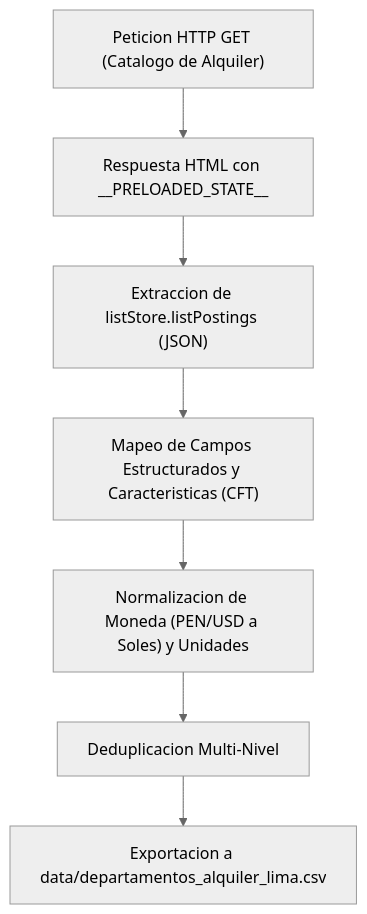
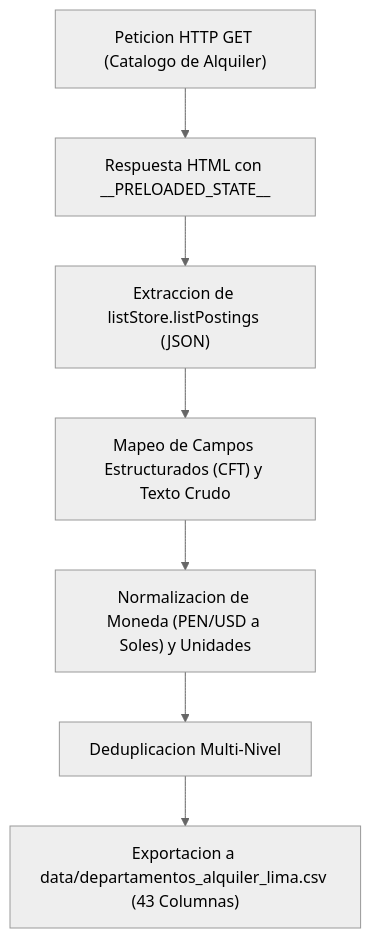
The diagram in deliveries/week04/acquisition.md (Luciana-y/DepaRent), drawn with Mermaid (neutral theme) before and after one commit. The commit also changed other lines of this file and 3 other files, not shown here.

````diff
--- a/deliveries/week04/acquisition.md
+++ b/deliveries/week04/acquisition.md
@@ -25,9 +25,9 @@
 ```mermaid
 flowchart TD
     A["Peticion HTTP GET (Catalogo de Alquiler)"] --> B["Respuesta HTML con __PRELOADED_STATE__"]
     B --> C["Extraccion de listStore.listPostings (JSON)"]
-    C --> D["Mapeo de Campos Estructurados y Caracteristicas (CFT)"]
-    D --> E["Normalizacion de Moneda (PEN/USD a Soles) y Unidades"]
+    D["Mapeo de Campos Estructurados (CFT) y Texto Crudo"] --> E["Normalizacion de Moneda (PEN/USD a Soles) y Unidades"]
+    C --> D
     E --> F["Deduplicacion Multi-Nivel"]
-    F --> G["Exportacion a data/departamentos_alquiler_lima.csv"]
+    F --> G["Exportacion a data/departamentos_alquiler_lima.csv (43 Columnas)"]
 ```
````
